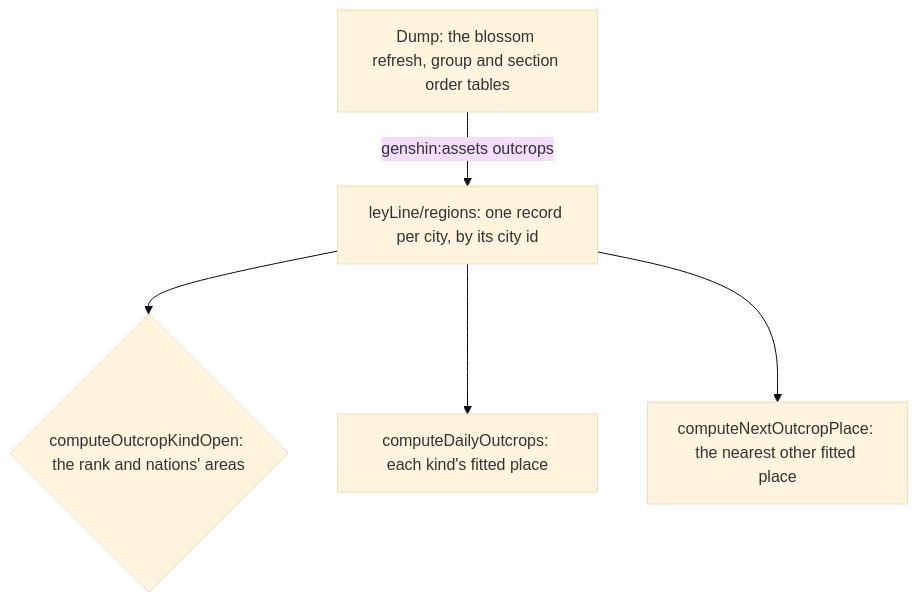
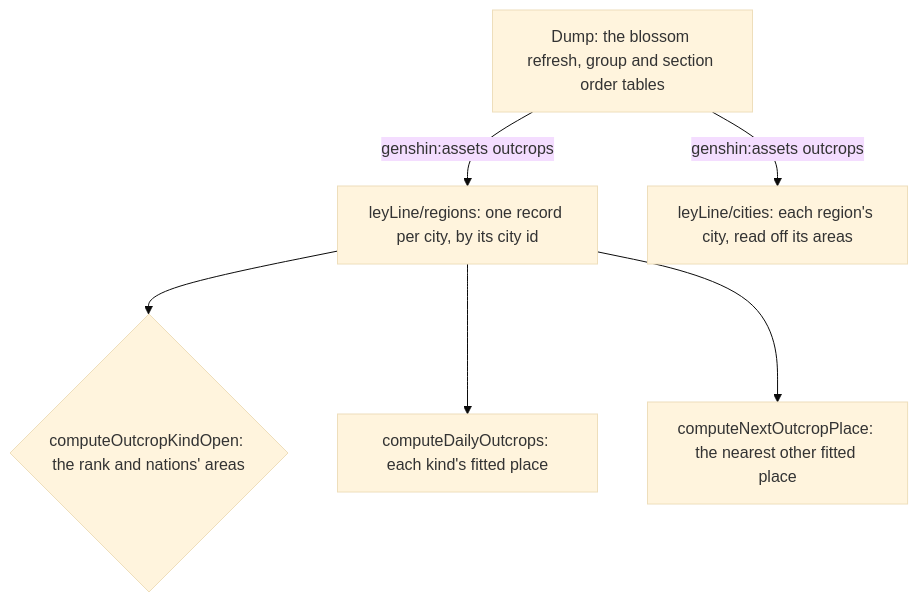
One commit to Esposter/Esposter changed the diagram in openspec/specs/genshin/ley-line-outcrops/design.md. Above: the diagram before and after it, drawn with Mermaid (base theme). The commit also changed other lines of this file and 20 other files, not shown here.

````diff
--- a/openspec/specs/genshin/ley-line-outcrops/design.md
+++ b/openspec/specs/genshin/ley-line-outcrops/design.md
@@ -7,7 +7,8 @@
 ```mermaid
 flowchart TD
   D["Dump: the blossom refresh, group and section order tables"] -->|"genshin:assets outcrops"| R["leyLine/regions: one record per city, by its city id"]
+  D -->|"genshin:assets outcrops"| C["leyLine/cities: each region's city, read off its areas"]
   R --> O{"computeOutcropKindOpen: the rank and nations' areas"}
   R --> S["computeDailyOutcrops: each kind's fitted place"]
   R --> N["computeNextOutcropPlace: the nearest other fitted place"]
 ```
````
